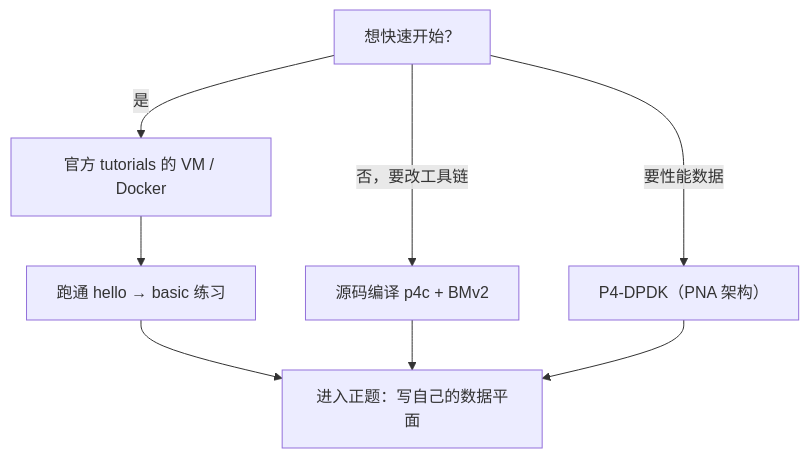
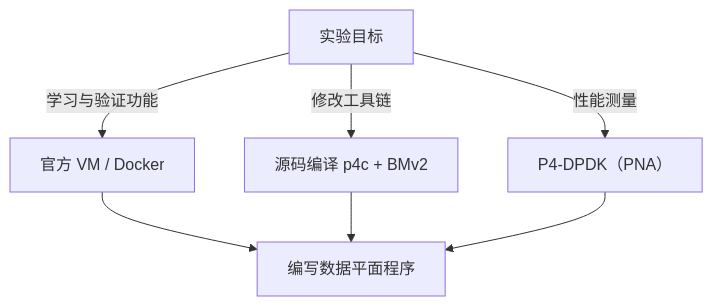
Before and after one commit to Sukkk-zcy/Sukkk-zcy.github.io: the first of 4 diagrams in src/content/blog/P4/p4-03-practice-frontier.mdx, drawn with Mermaid. The commit also changed other lines of this file and 2 other files, not shown here.

````diff
--- a/src/content/blog/P4/p4-03-practice-frontier.mdx
+++ b/src/content/blog/P4/p4-03-practice-frontier.mdx
@@ -28,10 +28,9 @@
 ```mermaid
 flowchart TD
-    A["想快速开始？"] -->|"是"| B["官方 tutorials 的 VM / Docker"]
-    B --> C["跑通 hello → basic 练习"]
-    A -->|"否，要改工具链"| D["源码编译 p4c + BMv2"]
-    A -->|"要性能数据"| E["P4-DPDK（PNA 架构）"]
-    C --> F["进入正题：写自己的数据平面"]
+    A["实验目标"] -->|"学习与验证功能"| B["官方 VM / Docker"]
+    A -->|"修改工具链"| D["源码编译 p4c + BMv2"]
+    A -->|"性能测量"| E["P4-DPDK（PNA）"]
+    B --> F["编写数据平面程序"]
     D --> F
     E --> F
 ```
````
